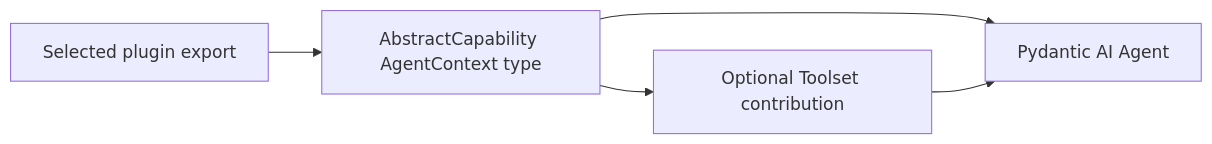
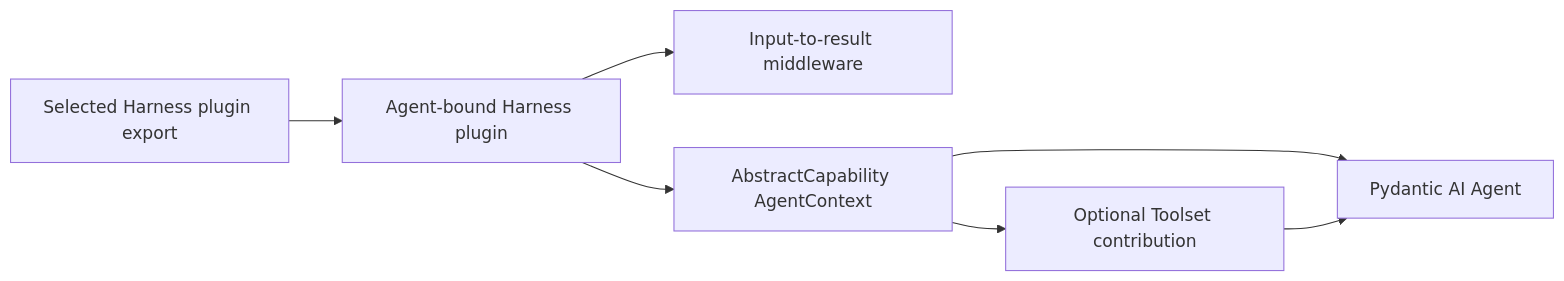
Before and after one commit to LTThreeComma/agent-foundation: the third of 5 diagrams in spec/agent-harness/01-pydantic-ai-foundation.md, drawn with Mermaid. The commit also changed other lines of this file and 21 other files, not shown here.

First line of the commit message:
feat(harness): define first-class plugin lifecycle

````diff
--- a/spec/agent-harness/01-pydantic-ai-foundation.md
+++ b/spec/agent-harness/01-pydantic-ai-foundation.md
@@ -103,7 +104,9 @@
 ```mermaid
 flowchart LR
-    Plugin[Selected plugin export] --> Capability[AbstractCapability AgentContext type]
+    Export[Selected Harness plugin export] --> Plugin[Agent-bound Harness plugin]
+    Plugin --> Middleware[Input-to-result middleware]
+    Plugin --> Capability[AbstractCapability AgentContext]
     Capability --> Toolset[Optional Toolset contribution]
     Capability --> Agent[Pydantic AI Agent]
     Toolset --> Agent
 ```
````
